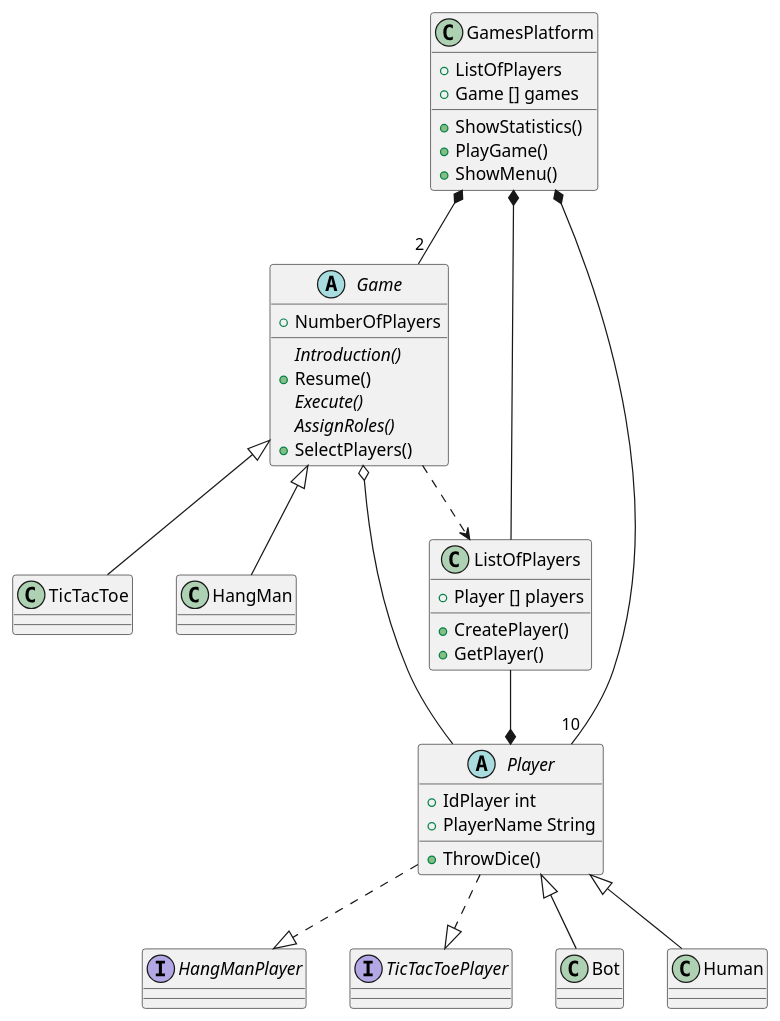
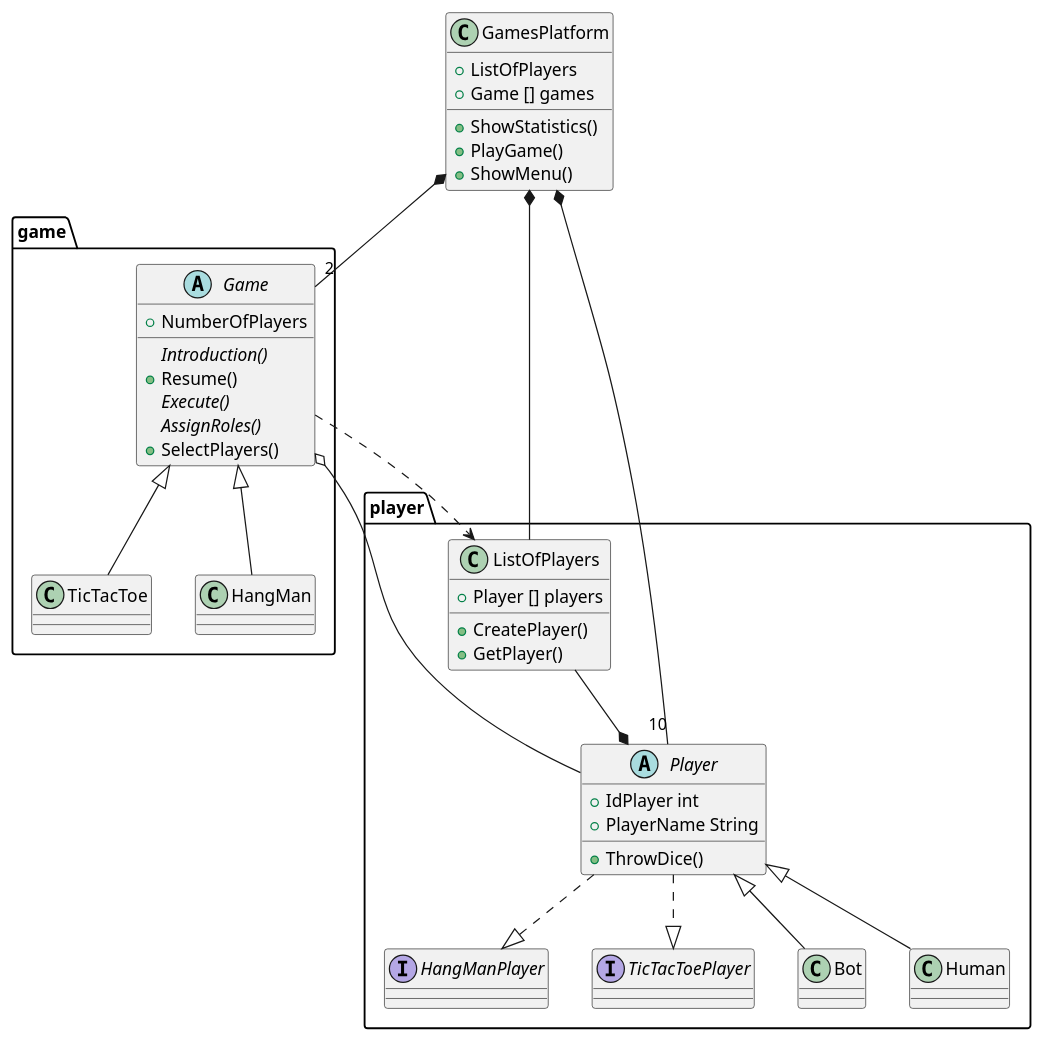
One commit to Gabs16TL/Games_Platform changed the diagram in diagrams/ClassDiagramMain.wsd. Above: the diagram before and after it, drawn with PlantUML. The commit also changed 2 other files, not shown here.

Commit message:
Se añadieron los diagramas de clases completos de HangMan y Main junto a sus paquetes

```diff
--- a/diagrams/ClassDiagramMain.wsd
+++ b/diagrams/ClassDiagramMain.wsd
@@ -1,69 +1,80 @@
 @startuml
+
 
 class GamesPlatform {
     +ListOfPlayers
     +ShowStatistics()
     +PlayGame()
     +Game [] games
     +ShowMenu()
 }
+
+package game {
+
 abstract class Game {
     +NumberOfPlayers
     {abstract}Introduction()
     +Resume()
     {abstract}Execute()
     {abstract}AssignRoles()
     +SelectPlayers()
 }
 class TicTacToe {
 
 }
 class HangMan {
     
 }
+
+}
+
+
+package player {
 abstract class Player {
     +IdPlayer int
     +PlayerName String
     +ThrowDice()
 }
-
 
 interface HangManPlayer{
 
 }
 
 interface TicTacToePlayer {
 
 }
 
 class ListOfPlayers {
     
     +Player [] players
     +CreatePlayer()
     +GetPlayer()
 }
 
 class Bot {
 
 }
 class Human {
 
 }
 
+}
+
+
 GamesPlatform *-- "10" Player
 GamesPlatform *-- "2" Game
 GamesPlatform *-- ListOfPlayers
 
 Game <|-- TicTacToe
 Game <|-- HangMan
 Game o--Player
 Player <|-- Bot
 Player <|-- Human
 Player ..|>HangManPlayer
 Player ..|>TicTacToePlayer
 
 Game ..> ListOfPlayers
 
 ListOfPlayers --* Player
 
 @enduml
```
